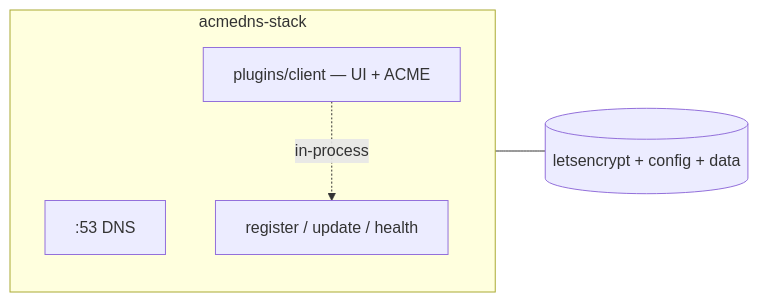
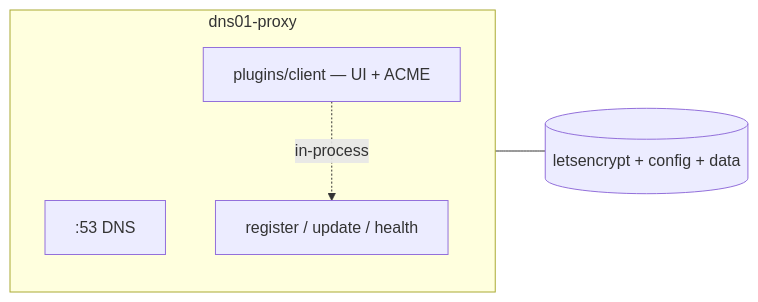
One commit to HariantoAtWork/dns01-proxy changed the third of 3 diagrams in blog/from-two-services-to-one.md. Above: the diagram before and after it, drawn with Mermaid. The commit also changed other lines of this file and 485 other files, not shown here.

First line of the commit message:
Rename acmedns-stack to dns01-proxy and fix paths.

````diff
--- a/blog/from-two-services-to-one.md
+++ b/blog/from-two-services-to-one.md
@@ -159,14 +159,14 @@
 ```mermaid
 flowchart LR
-  subgraph one["acmedns-stack"]
+  subgraph one["dns01-proxy"]
     direction TB
     dns[":53 DNS"]
     api["register / update / health"]
     ui["plugins/client — UI + ACME"]
   end
 
   vol[(letsencrypt + config + data)]
 
   ui -.->|in-process| api
   one --- vol
 ```
````
